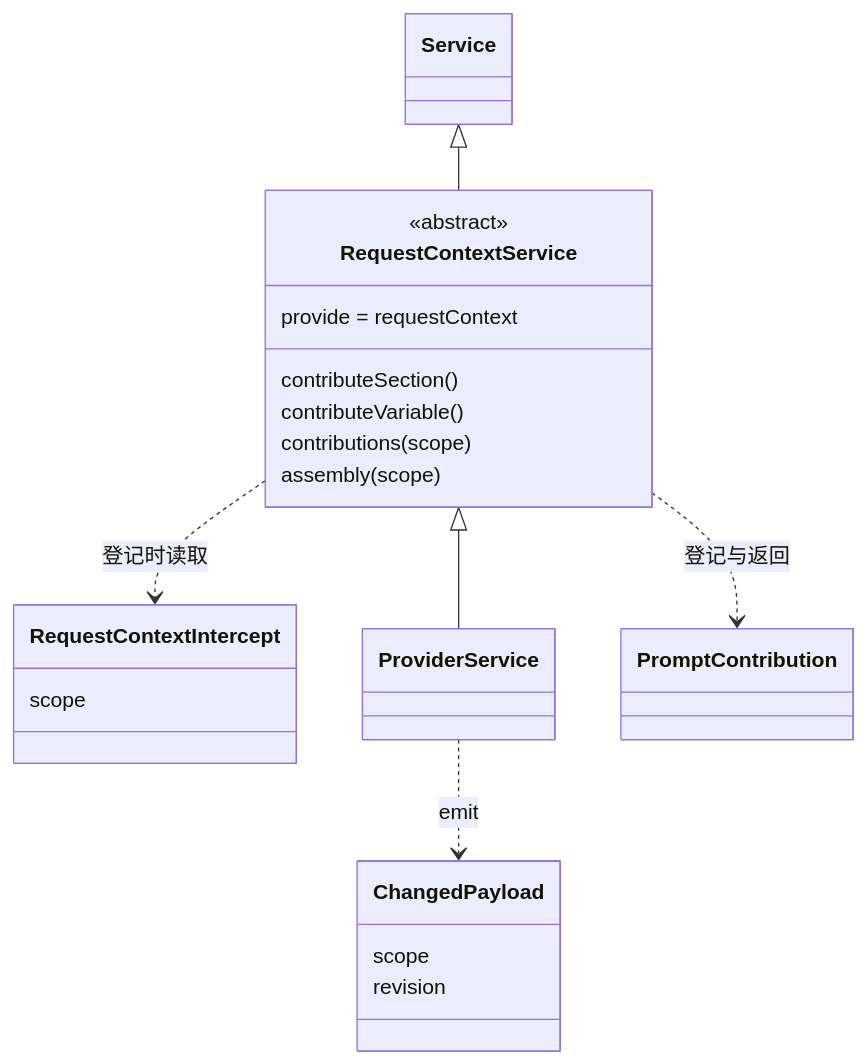
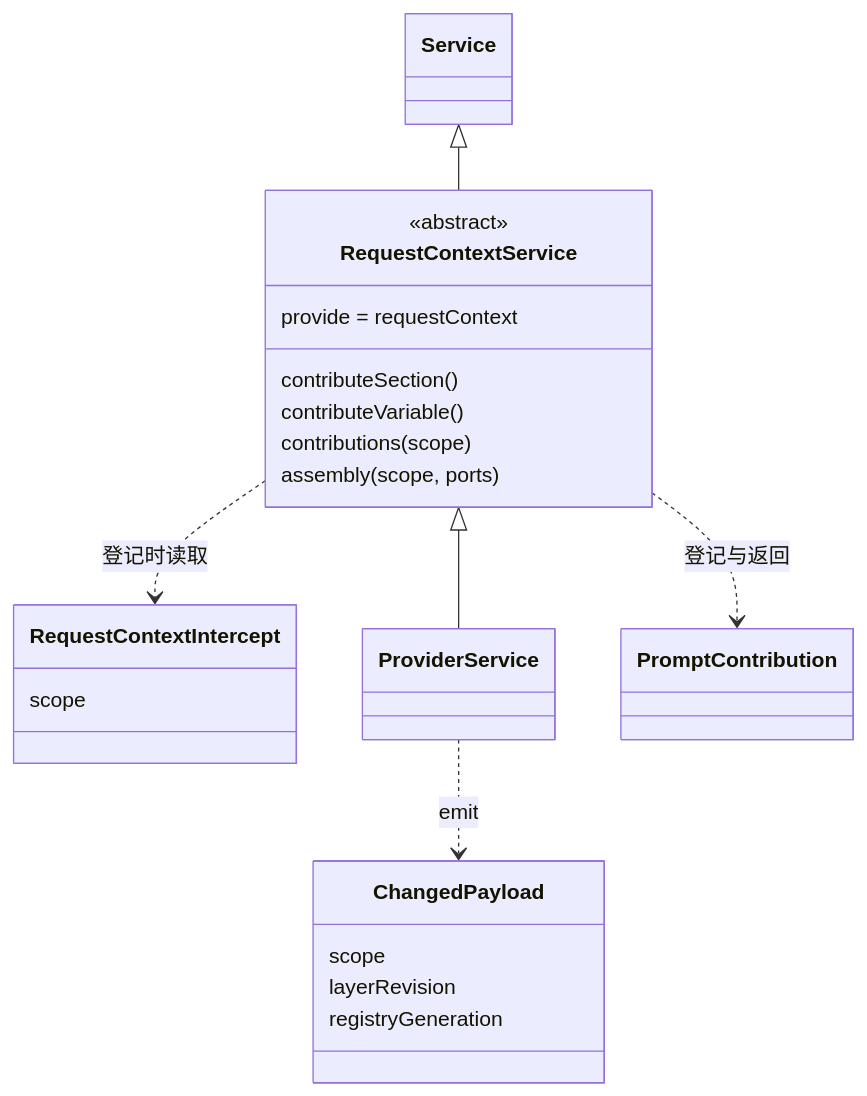
Before and after one commit to nemori-ai/omne-harness-lite: the diagram in packages/context/request-context-cordis-contract/docs/object-model.md, drawn with Mermaid. The commit also changed other lines of this file and 68 other files, not shown here.

````diff
--- a/packages/context/request-context-cordis-contract/docs/object-model.md
+++ b/packages/context/request-context-cordis-contract/docs/object-model.md
@@ -15,26 +15,27 @@
 ```mermaid
 classDiagram
   class Service
   class RequestContextService {
     <<abstract>>
     provide = requestContext
     contributeSection()
     contributeVariable()
     contributions(scope)
-    assembly(scope)
+    assembly(scope, ports)
   }
   class RequestContextIntercept {
     scope
   }
   class ChangedPayload {
     scope
-    revision
+    layerRevision
+    registryGeneration
   }
   class ProviderService
   class PromptContribution
   Service <|-- RequestContextService
   RequestContextService <|-- ProviderService
   RequestContextService ..> RequestContextIntercept : 登记时读取
   RequestContextService ..> PromptContribution : 登记与返回
   ProviderService ..> ChangedPayload : emit
 ```
````
